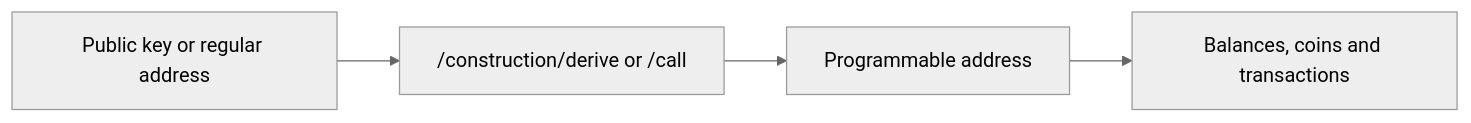
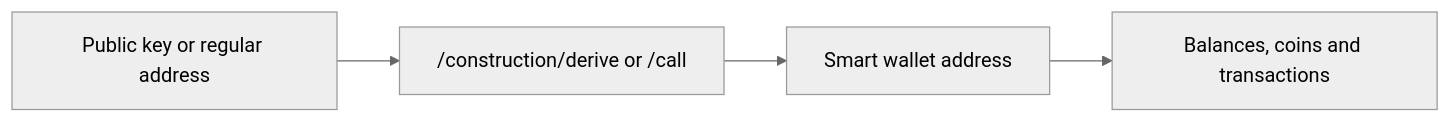
Before and after one commit to cardano-foundation/cardano-rosetta-java: the diagram in docs/docs/user-guides/cip-113/index.md, drawn with Mermaid (neutral theme). The commit also changed other lines of this file and 4 other files, not shown here.

Commit message:
docs: align CIP-113 guides with smart wallet terminology

````diff
--- a/docs/docs/user-guides/cip-113/index.md
+++ b/docs/docs/user-guides/cip-113/index.md
@@ -21,6 +23,6 @@
 ```mermaid
 flowchart LR
     A["Public key or regular address"] --> B["/construction/derive or /call"]
-    B --> C["Programmable address"]
+    B --> C["Smart wallet address"]
     C --> D["Balances, coins and transactions"]
 ```
````
